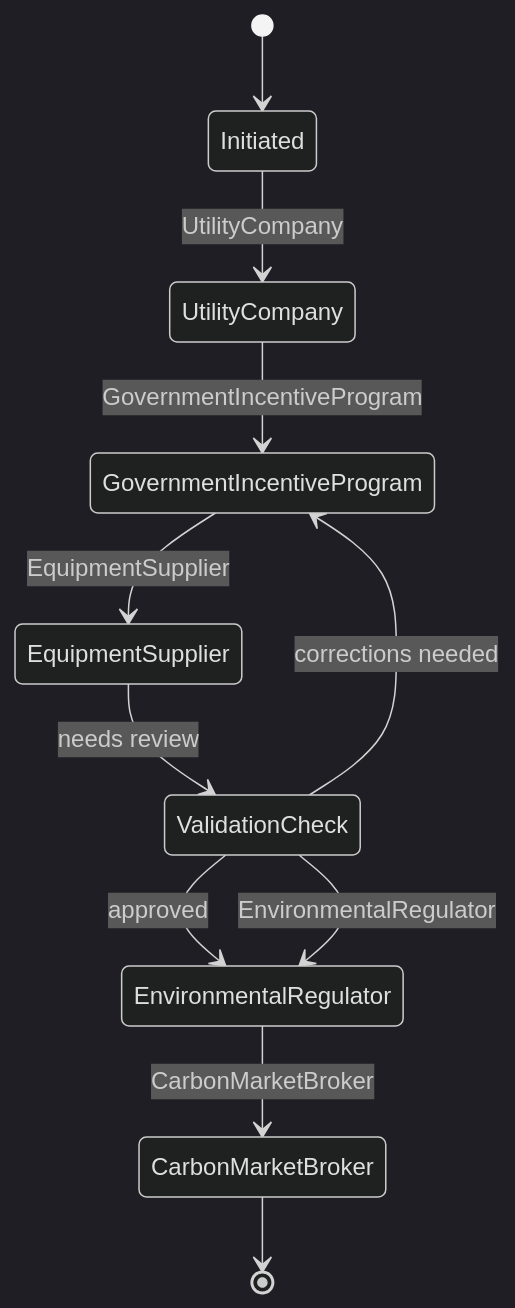
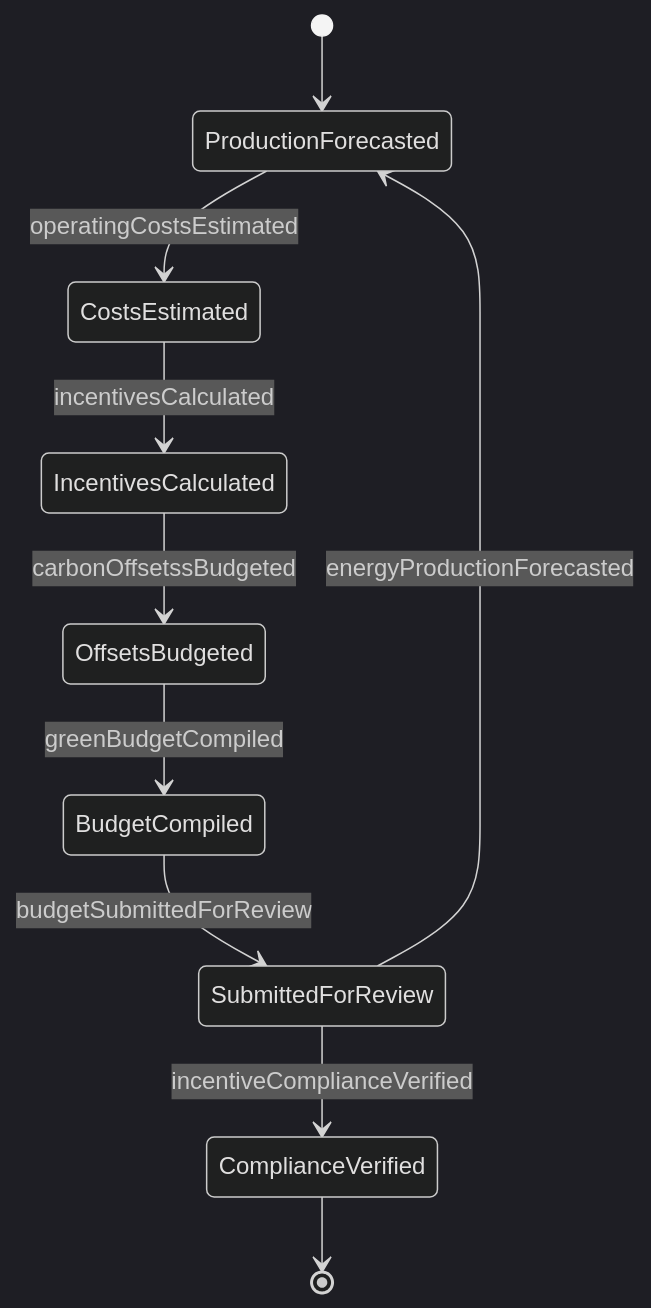
Before and after one commit to dot-org-ai/tasks.org.ai: the second of 4 diagrams in GuidingDirectingAndMotivatingSubordinates/ManageBudgetsOrFinances/PrepareOperationalBudgetsGreenEnergy.mdx, drawn with Mermaid (dark theme). The commit also changed other lines of this file and 515 other files, not shown here.

````diff
--- a/GuidingDirectingAndMotivatingSubordinates/ManageBudgetsOrFinances/PrepareOperationalBudgetsGreenEnergy.mdx
+++ b/GuidingDirectingAndMotivatingSubordinates/ManageBudgetsOrFinances/PrepareOperationalBudgetsGreenEnergy.mdx
@@ -101,13 +100,12 @@
 ```mermaid
 stateDiagram-v2
-    [*] --> Initiated
-    Initiated --> UtilityCompany: UtilityCompany
-    UtilityCompany --> GovernmentIncentiveProgram: GovernmentIncentiveProgram
-    GovernmentIncentiveProgram --> EquipmentSupplier: EquipmentSupplier
-    EquipmentSupplier --> ValidationCheck: needs review
-    ValidationCheck --> GovernmentIncentiveProgram: corrections needed
-    ValidationCheck --> EnvironmentalRegulator: approved
-    ValidationCheck --> EnvironmentalRegulator: EnvironmentalRegulator
-    EnvironmentalRegulator --> CarbonMarketBroker: CarbonMarketBroker
-    CarbonMarketBroker --> [*]
+    [*] --> ProductionForecasted
+    ProductionForecasted --> CostsEstimated : operatingCostsEstimated
+    CostsEstimated --> IncentivesCalculated : incentivesCalculated
+    IncentivesCalculated --> OffsetsBudgeted : carbonOffsetssBudgeted
+    OffsetsBudgeted --> BudgetCompiled : greenBudgetCompiled
+    BudgetCompiled --> SubmittedForReview : budgetSubmittedForReview
+    SubmittedForReview --> ProductionForecasted : energyProductionForecasted
+    SubmittedForReview --> ComplianceVerified : incentiveComplianceVerified
+    ComplianceVerified --> [*]
 ```
````
